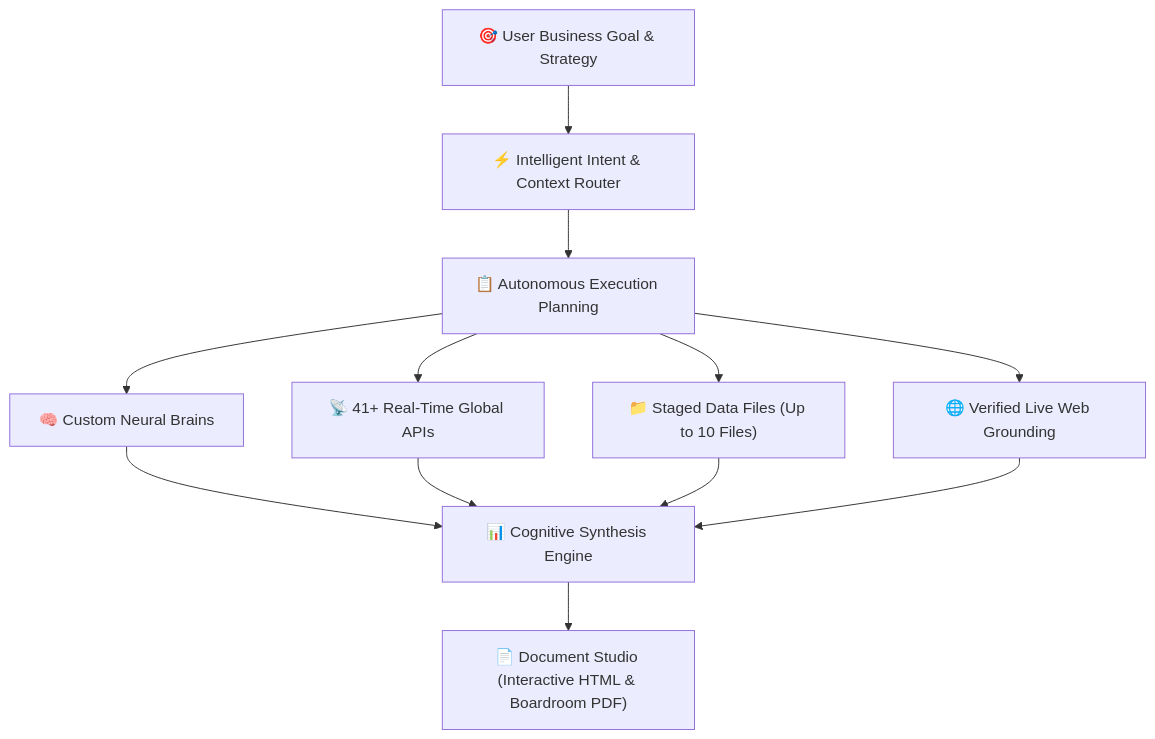
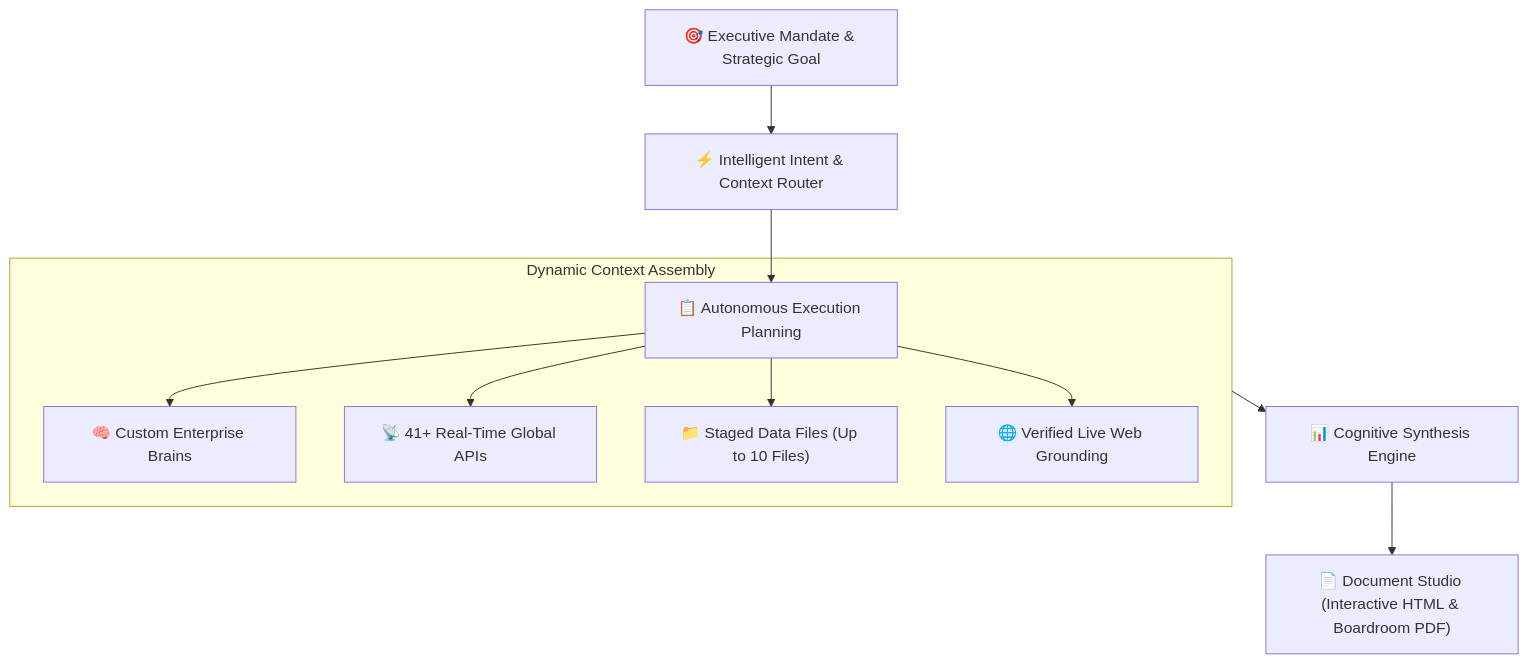
Before and after one commit to gosutox/gosutox-docs: the diagram in agent/overview.mdx, drawn with Mermaid. The commit also changed other lines of this file and 1 other file, not shown here.

Commit message:
docs: fix squashed mermaid diagram in workspace overview and add comprehensive 7-category formats

````diff
--- a/agent/overview.mdx
+++ b/agent/overview.mdx
@@ -12,18 +14,16 @@
 ```mermaid
 flowchart TD
-    User["🎯 User Business Goal & Strategy"] --> Router["⚡ Intelligent Intent & Context Router"]
+    User["🎯 Executive Mandate & Strategic Goal"] --> Router["⚡ Intelligent Intent & Context Router"]
     
     Router --> Plan["📋 Autonomous Execution Planning"]
     
-    Plan --> Brains["🧠 Custom Neural Brains"]
-    Plan --> APIs["📡 41+ Real-Time Global APIs"]
-    Plan --> Vault["📁 Staged Data Files (Up to 10 Files)"]
-    Plan --> Search["🌐 Verified Live Web Grounding"]
+    subgraph Context_Layer ["Dynamic Context Assembly"]
+        Plan --> Brains["🧠 Custom Enterprise Brains"]
+        Plan --> APIs["📡 41+ Real-Time Global APIs"]
+        Plan --> Vault["📁 Staged Data Files (Up to 10 Files)"]
+        Plan --> Search["🌐 Verified Live Web Grounding"]
+    end
 
-    Brains --> Synthesizer["📊 Cognitive Synthesis Engine"]
-    APIs --> Synthesizer
-    Vault --> Synthesizer
-    Search --> Synthesizer
-
+    Context_Layer --> Synthesizer["📊 Cognitive Synthesis Engine"]
     Synthesizer --> Viewer["📄 Document Studio (Interactive HTML & Boardroom PDF)"]
 ```
````
